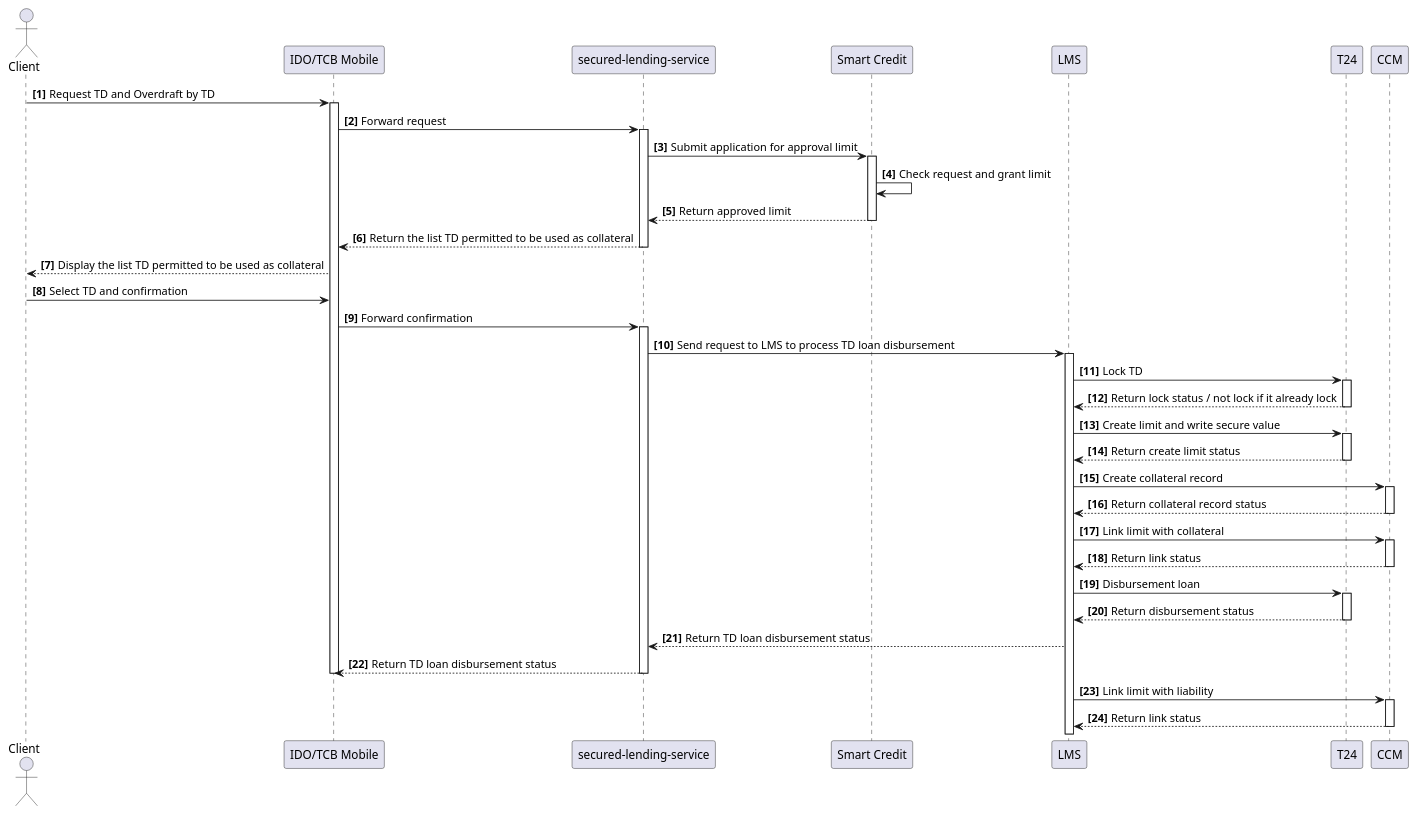
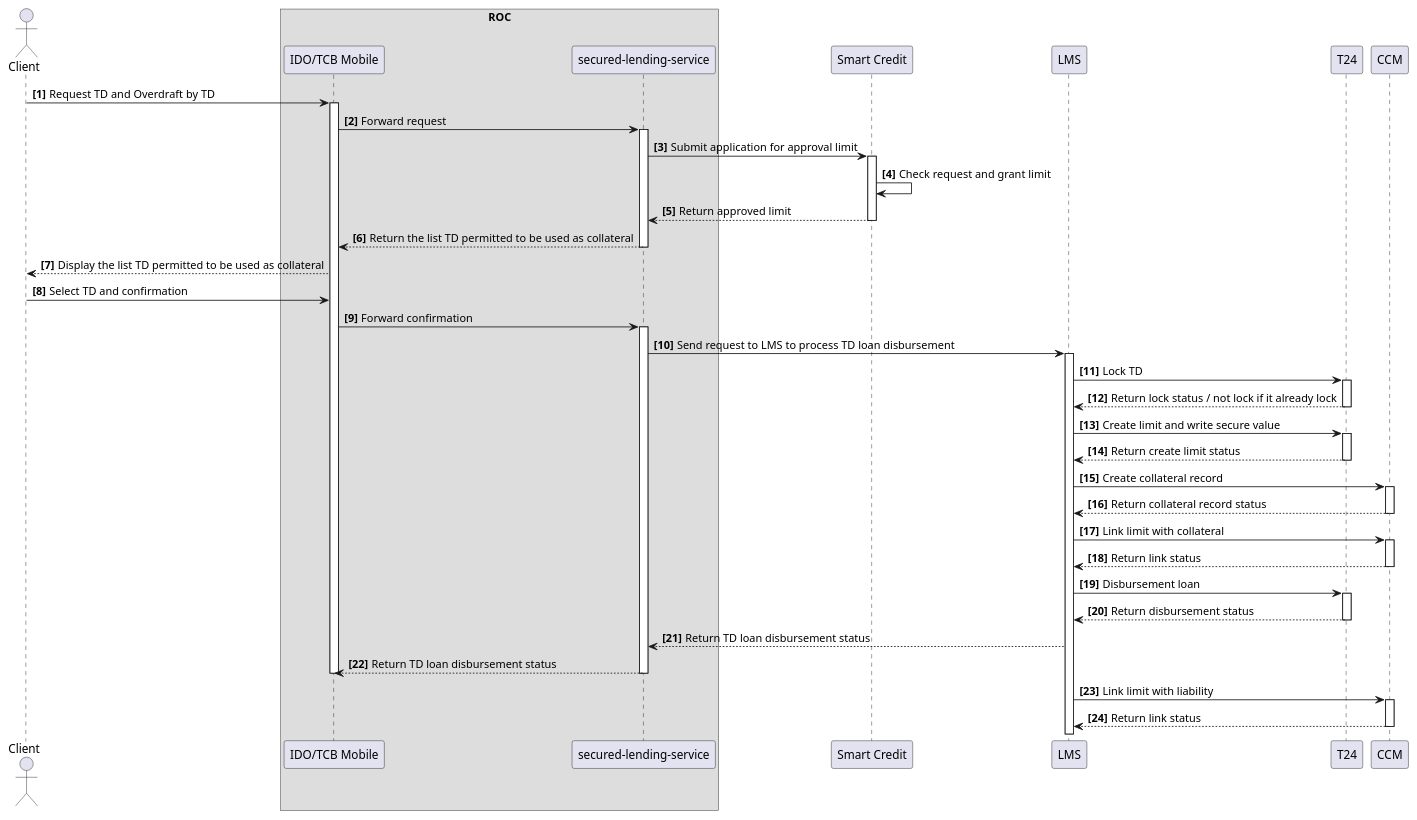
Before and after one commit to lokitechz/sequence: the diagram in TSCore/Sequence/TD and Overdraft by TD.wsd, drawn with PlantUML. The commit also changed 2 other files, not shown here.

```diff
--- a/TSCore/Sequence/TD and Overdraft by TD.wsd
+++ b/TSCore/Sequence/TD and Overdraft by TD.wsd
@@ -1,58 +1,60 @@
 @startuml TD and Overdraft by TD
 
 autonumber "<b>[0]"
 actor Client
+box ROC
 participant IDO as "IDO/TCB Mobile"
 participant ROC as "secured-lending-service"
+end box
 participant SC as "Smart Credit"
 participant LMS as "LMS"
 participant T24 as "T24"
 participant CCM as "CCM"
 
 Client -> IDO: Request TD and Overdraft by TD
 activate IDO
 IDO -> ROC: Forward request
 activate ROC
 ROC -> SC: Submit application for approval limit
 activate SC
 SC -> SC: Check request and grant limit
 SC --> ROC: Return approved limit
 deactivate SC
 ROC --> IDO: Return the list TD permitted to be used as collateral
 deactivate ROC
 IDO --> Client: Display the list TD permitted to be used as collateral
 Client -> IDO: Select TD and confirmation
 IDO -> ROC: Forward confirmation
 activate ROC
 ROC -> LMS: Send request to LMS to process TD loan disbursement
 activate LMS
 LMS -> T24: Lock TD
 activate T24
 T24 --> LMS: Return lock status / not lock if it already lock
 deactivate T24
 LMS -> T24: Create limit and write secure value
 activate T24
 T24 --> LMS: Return create limit status
 deactivate T24
 LMS -> CCM: Create collateral record
 activate CCM
 CCM --> LMS: Return collateral record status
 deactivate CCM
 LMS -> CCM: Link limit with collateral
 activate CCM
 CCM --> LMS: Return link status
 deactivate CCM
 LMS -> T24: Disbursement loan
 activate T24
 T24 --> LMS: Return disbursement status
 deactivate T24
 LMS --> ROC: Return TD loan disbursement status
 ROC --> IDO: Return TD loan disbursement status
 deactivate ROC
 deactivate IDO
 LMS -> CCM: Link limit with liability
 activate CCM
 CCM --> LMS: Return link status
 deactivate CCM
 
 @enduml
```
